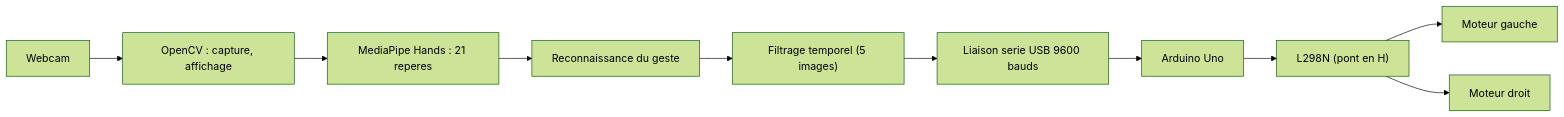
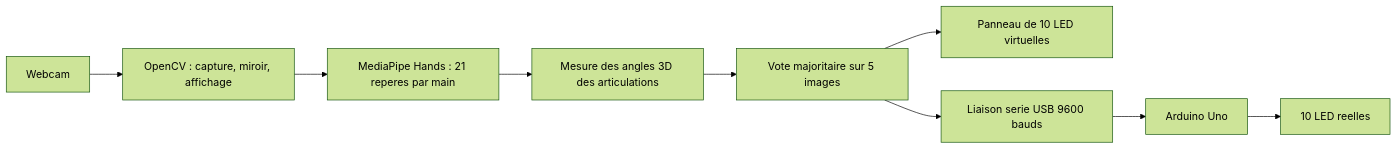
Before and after one commit to Answy-L/MP2I-Informatique: the diagram in README.md, drawn with Mermaid (forest theme). The commit also changed other lines of this file and 3 other files, not shown here.

Commit message:
Nouveau projet : reconnaissance des 10 doigts. Ajout de hand_tracker_angle.py, configuration VS Code, README réécrit (séance 10)

````diff
--- a/README.md
+++ b/README.md
@@ -29,12 +37,11 @@
 ```mermaid
 flowchart LR
-  W["Webcam"] --> CV["OpenCV : capture, affichage"]
-  CV --> MP["MediaPipe Hands : 21 reperes"]
-  MP --> GES["Reconnaissance du geste"]
-  GES --> FIL["Filtrage temporel (5 images)"]
+  W["Webcam"] --> CV["OpenCV : capture, miroir, affichage"]
+  CV --> MP["MediaPipe Hands : 21 reperes par main"]
+  MP --> ANG["Mesure des angles 3D des articulations"]
+  ANG --> FIL["Vote majoritaire sur 5 images"]
+  FIL --> LED["Panneau de 10 LED virtuelles"]
   FIL --> SER["Liaison serie USB 9600 bauds"]
   SER --> ARD["Arduino Uno"]
-  ARD --> DRV["L298N (pont en H)"]
-  DRV --> M1["Moteur gauche"]
-  DRV --> M2["Moteur droit"]
+  ARD --> L["10 LED reelles"]
 ```
````
